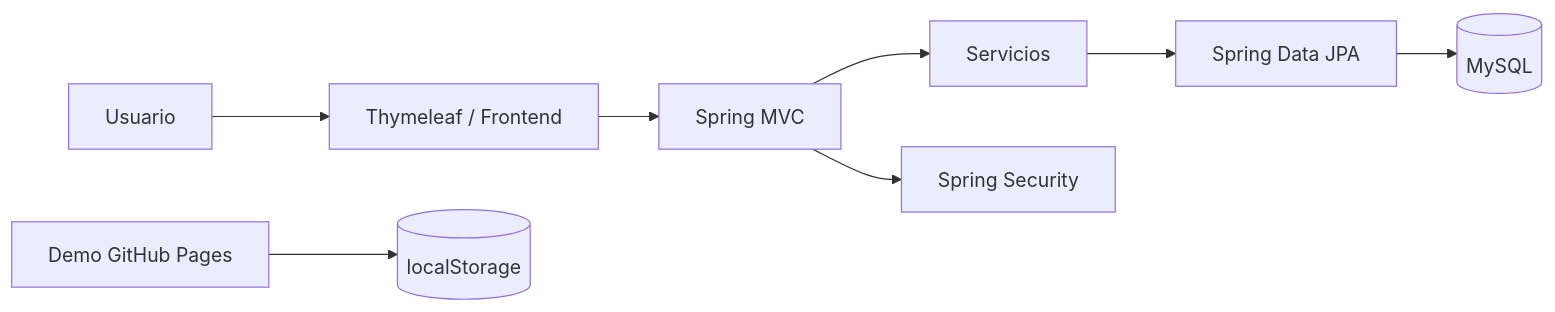
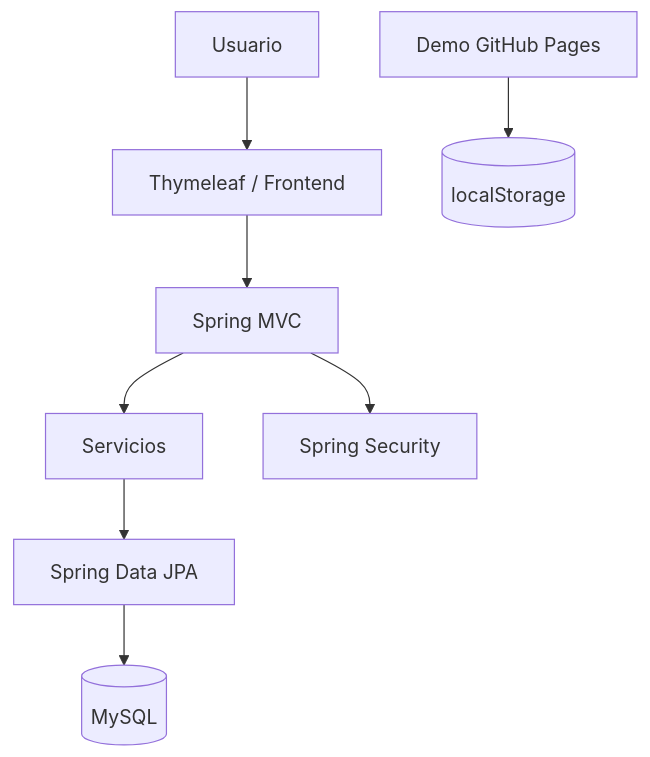
Before and after one commit to truquinio/home-repair: the diagram in README.md, drawn with Mermaid. The commit also changed other lines of this file, not shown here.

```diff
--- a/README.md
+++ b/README.md
@@ -70,10 +70,10 @@
 ~~~mermaid
-flowchart LR
+flowchart TD
     U["Usuario"] --> T["Thymeleaf / Frontend"]
     T --> W["Spring MVC"]
     W --> S["Servicios"]
     S --> J["Spring Data JPA"]
     J --> DB[("MySQL")]
     W --> SEC["Spring Security"]
     D["Demo GitHub Pages"] --> LS[("localStorage")]
 ~~~
```
